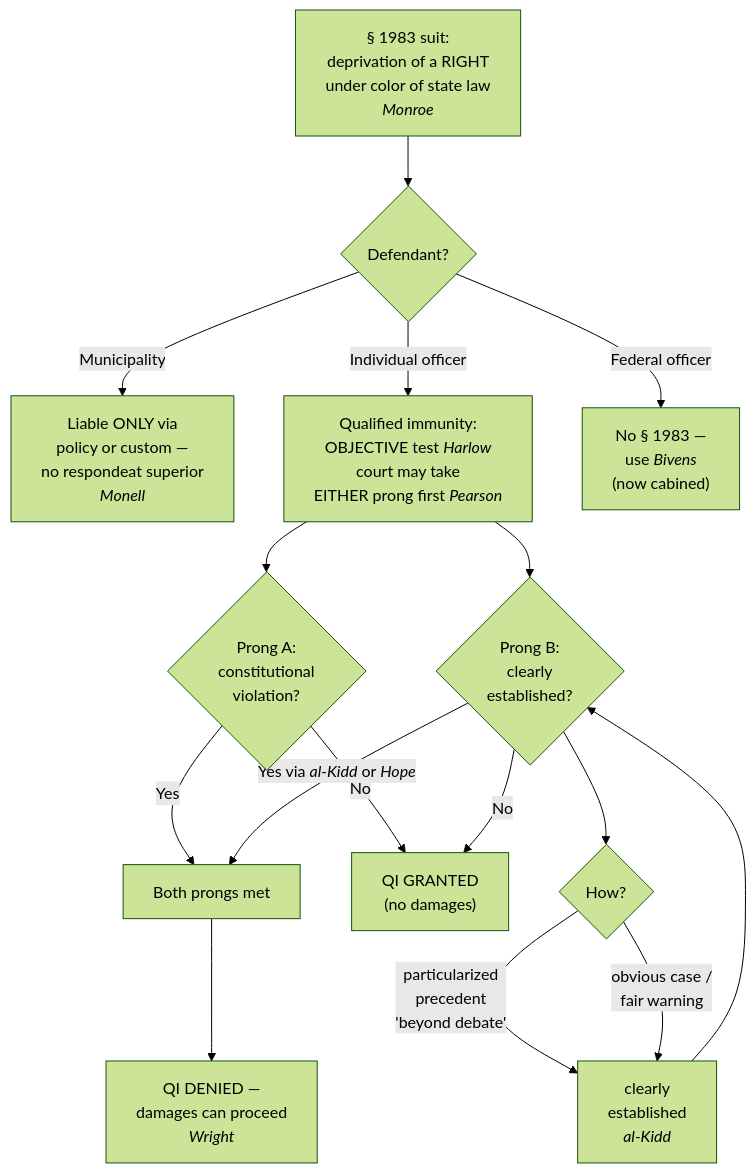
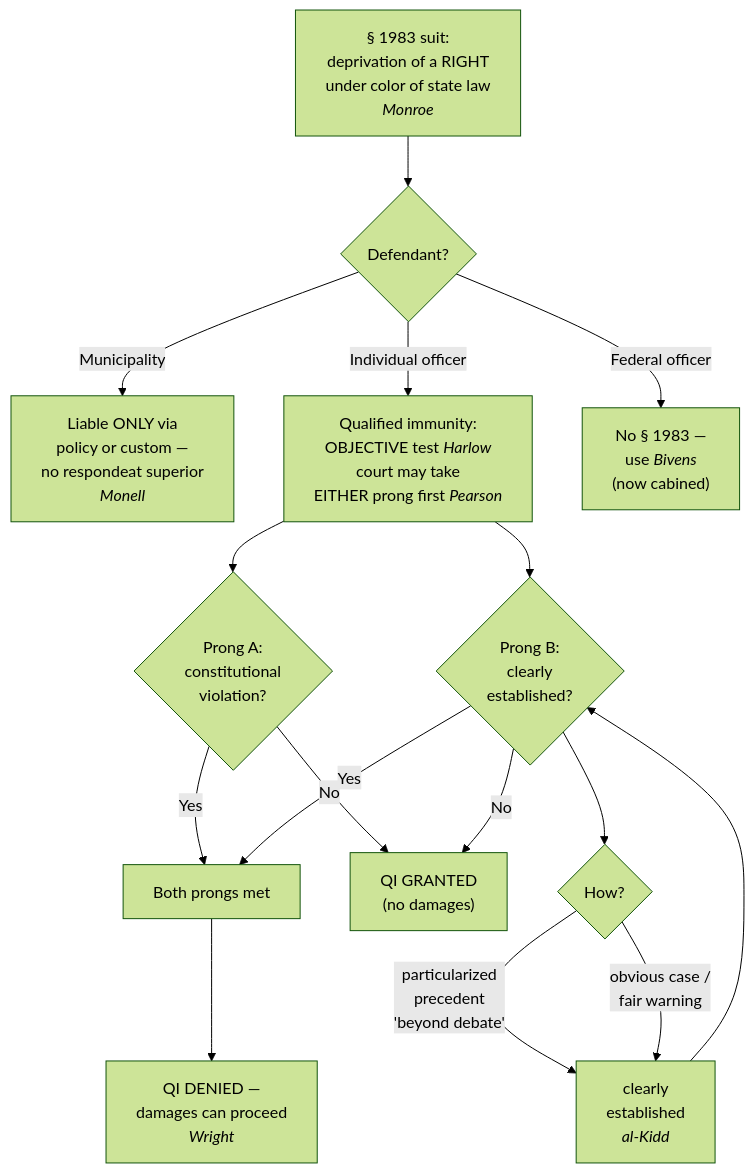
One commit to Enragedsaturday/cssi changed the diagram in content/Section 1983 Liability and Qualified Immunity.md. Above: the diagram before and after it, drawn with Mermaid (forest theme). The commit also changed other lines of this file and 38 other files, not shown here.

````diff
--- a/content/Section 1983 Liability and Qualified Immunity.md
+++ b/content/Section 1983 Liability and Qualified Immunity.md
@@ -79,18 +79,18 @@
 ```mermaid
 flowchart TD
   S["§ 1983 suit:<br/>deprivation of a RIGHT<br/>under color of state law<br/><i>Monroe</i>"] --> D{Defendant?}
   D -->|Municipality| M["Liable ONLY via<br/>policy or custom —<br/>no respondeat superior<br/><i>Monell</i>"]
   D -->|Individual officer| QI["Qualified immunity:<br/>OBJECTIVE test <i>Harlow</i><br/>court may take<br/>EITHER prong first <i>Pearson</i>"]
   D -->|Federal officer| BIV["No § 1983 —<br/>use <i>Bivens</i><br/>(now cabined)"]
   QI --> V{"Prong A:<br/>constitutional<br/>violation?"}
   QI --> C{"Prong B:<br/>clearly<br/>established?"}
   C --> CE{"How?"}
   CE -->|particularized<br/>precedent<br/>'beyond debate'| YES["clearly<br/>established<br/><i>al-Kidd</i>"]
   CE -->|obvious case /<br/>fair warning| YES
   YES --> C
   V -->|No| IMM["QI GRANTED<br/>(no damages)"]
   C -->|No| IMM
   V -->|Yes| BOTH["Both prongs met"]
-  C -->|Yes via <i>al-Kidd</i> or <i>Hope</i>| BOTH
+  C -->|Yes| BOTH
   BOTH --> LIAB["QI DENIED —<br/>damages can proceed<br/><i>Wright</i>"]
 ```
````
